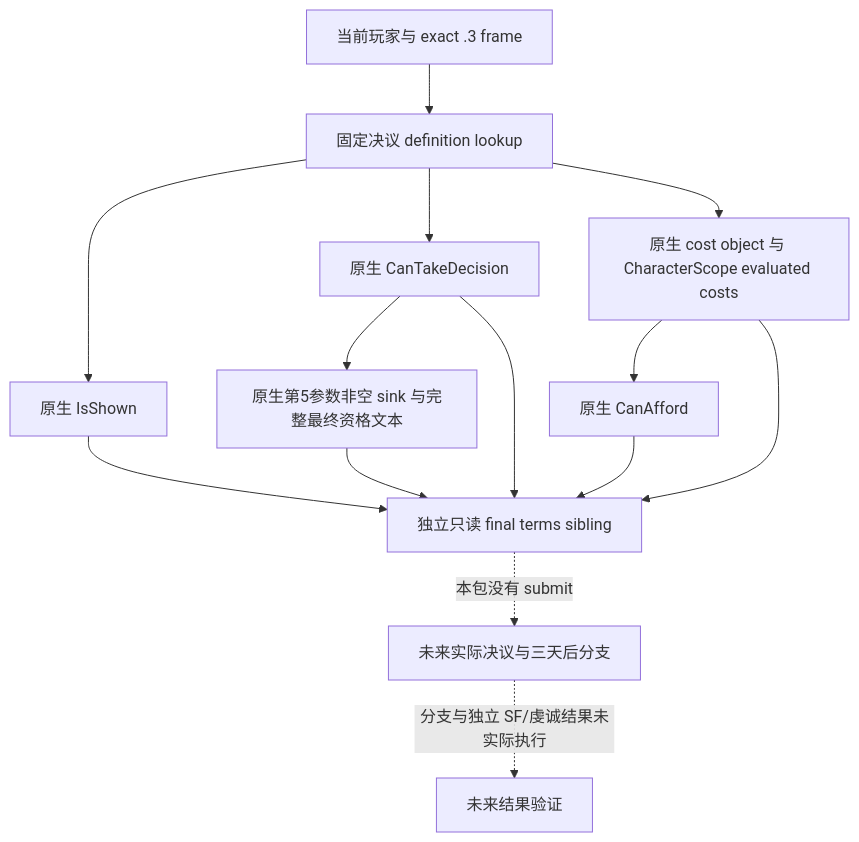
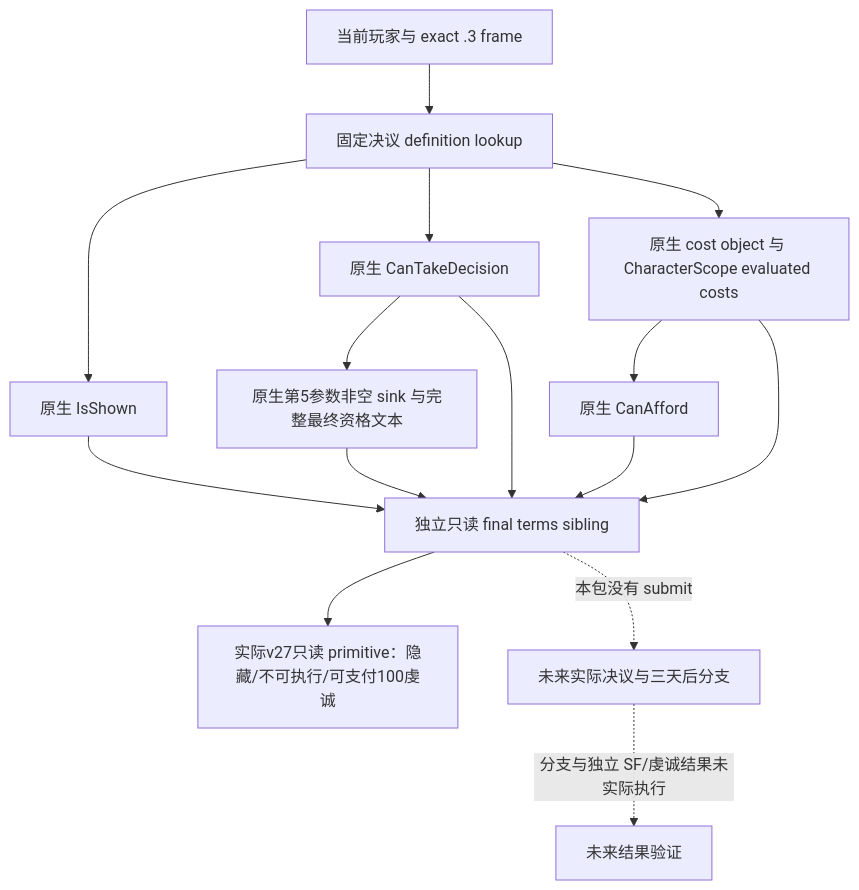
The diagram in docs/ck3-native-ai/religion-mystical-communion-native-final-terms-12003.md (XenoAmess/ck3_eternal_recurrence), drawn with Mermaid before and after one commit. The commit also changed other lines of this file and 10 other files, not shown here.

````diff
--- a/docs/ck3-native-ai/religion-mystical-communion-native-final-terms-12003.md
+++ b/docs/ck3-native-ai/religion-mystical-communion-native-final-terms-12003.md
@@ -20,16 +20,17 @@
 ```mermaid
 flowchart TD
     A[当前玩家与 exact .3 frame] --> D[固定决议 definition lookup]
     D --> S[原生 IsShown]
     D --> C[原生 CanTakeDecision]
     D --> Q[原生 cost object 与 CharacterScope evaluated costs]
     Q --> F[原生 CanAfford]
     C --> R[原生第5参数非空 sink 与完整最终资格文本]
     S --> O[独立只读 final terms sibling]
     C --> O
     Q --> O
     F --> O
     R --> O
+    O --> L[实际v27只读 primitive：隐藏/不可执行/可支付100虔诚]
     O -. 本包没有 submit .-> P[未来实际决议与三天后分支]
     P -. 分支与独立 SF/虔诚结果未实际执行 .-> V[未来结果验证]
 ```
````
